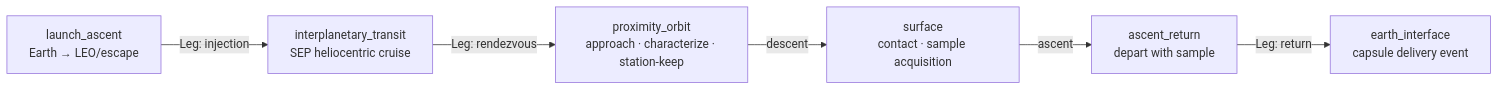
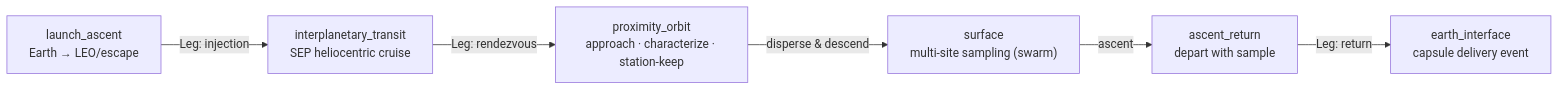
The first of 3 diagrams in scenarios/2-asteroid-mining.md (astro-mine/docs), drawn with Mermaid before and after one commit. The commit also changed other lines of this file, not shown here.

First line of the commit message:
Asteroid scenario: multi-sampler swarm + realistic launch/transfer vehicles

````diff
--- a/scenarios/2-asteroid-mining.md
+++ b/scenarios/2-asteroid-mining.md
@@ -100,8 +102,8 @@
 ```mermaid
 flowchart LR
   L["launch_ascent<br/>Earth → LEO/escape"] -->|Leg: injection| T["interplanetary_transit<br/>SEP heliocentric cruise"]
   T -->|Leg: rendezvous| P["proximity_orbit<br/>approach · characterize · station-keep"]
-  P -->|descent| S["surface<br/>contact · sample acquisition"]
+  P -->|disperse & descend| S["surface<br/>multi-site sampling (swarm)"]
   S -->|ascent| A["ascent_return<br/>depart with sample"]
   A -->|Leg: return| E["earth_interface<br/>capsule delivery event"]
 ```
````
